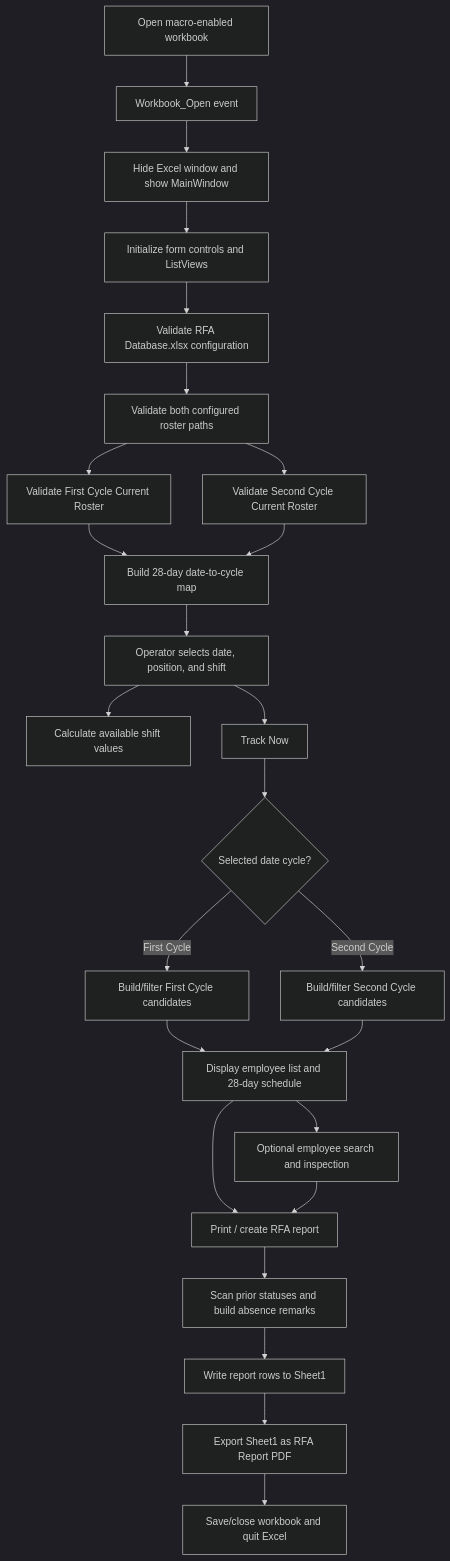
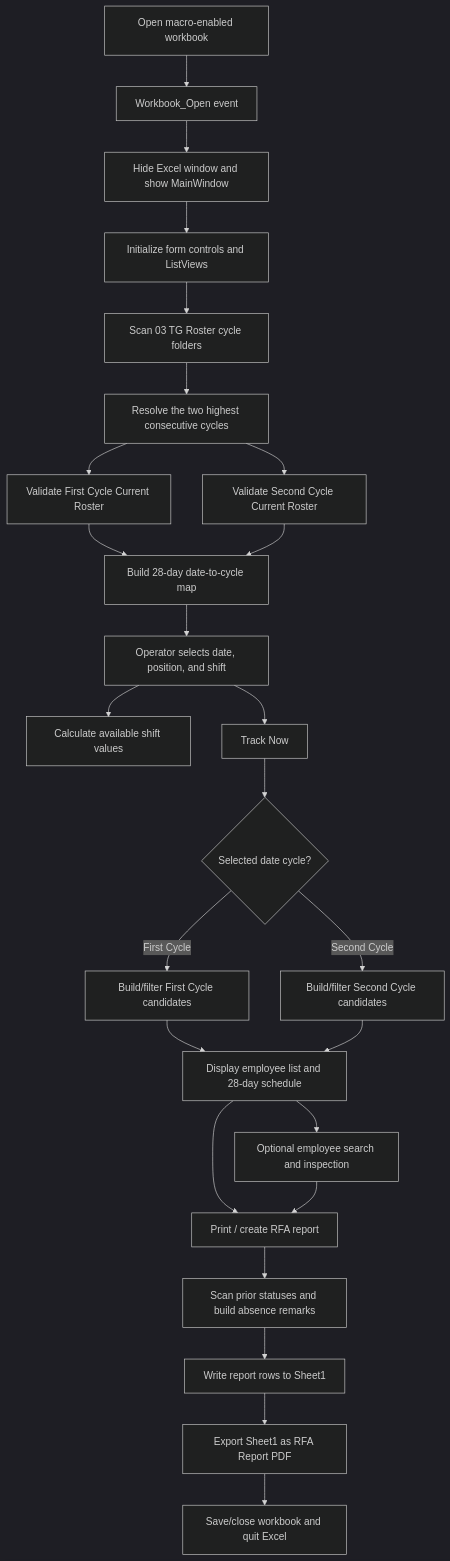
The first of 5 diagrams in RFA/VBA_DOCUMENTATION.md (moonstarph23/Common-Script), drawn with Mermaid (dark theme) before and after one commit. The commit also changed other lines of this file and 1 other file, not shown here.

Commit message:
Discover latest roster cycles automatically

````diff
--- a/RFA/VBA_DOCUMENTATION.md
+++ b/RFA/VBA_DOCUMENTATION.md
@@ -19,27 +19,27 @@
 ```mermaid
 flowchart TD
     Open["Open macro-enabled workbook"] --> WOpen["Workbook_Open event"]
     WOpen --> HideExcel["Hide Excel window and show MainWindow"]
     HideExcel --> Init["Initialize form controls and ListViews"]
-    Init --> Config["Validate RFA Database.xlsx configuration"]
-    Config --> Paths["Validate both configured roster paths"]
+    Init --> Discover["Scan 03 TG Roster cycle folders"]
+    Discover --> Paths["Resolve the two highest consecutive cycles"]
     Paths --> Load1["Validate First Cycle Current Roster"]
     Paths --> Load2["Validate Second Cycle Current Roster"]
     Load1 --> Dates["Build 28-day date-to-cycle map"]
     Load2 --> Dates
     Dates --> Select["Operator selects date, position, and shift"]
     Select --> Available["Calculate available shift values"]
     Select --> Track["Track Now"]
     Track --> Cycle{"Selected date cycle?"}
     Cycle -->|First Cycle| First["Build/filter First Cycle candidates"]
     Cycle -->|Second Cycle| Second["Build/filter Second Cycle candidates"]
     First --> Review["Display employee list and 28-day schedule"]
     Second --> Review
     Review --> Search["Optional employee search and inspection"]
     Review --> Print["Print / create RFA report"]
     Search --> Print
     Print --> History["Scan prior statuses and build absence remarks"]
     History --> Sheet["Write report rows to Sheet1"]
     Sheet --> PDF["Export Sheet1 as RFA Report PDF"]
     PDF --> Close["Save/close workbook and quit Excel"]
 ```
````
